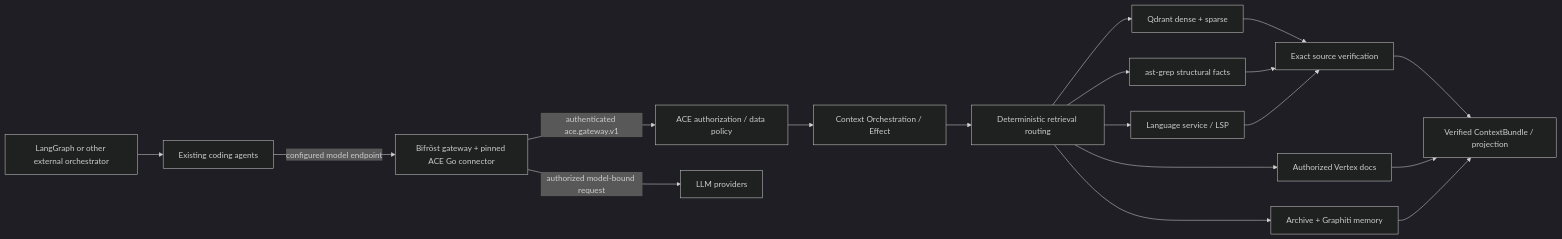
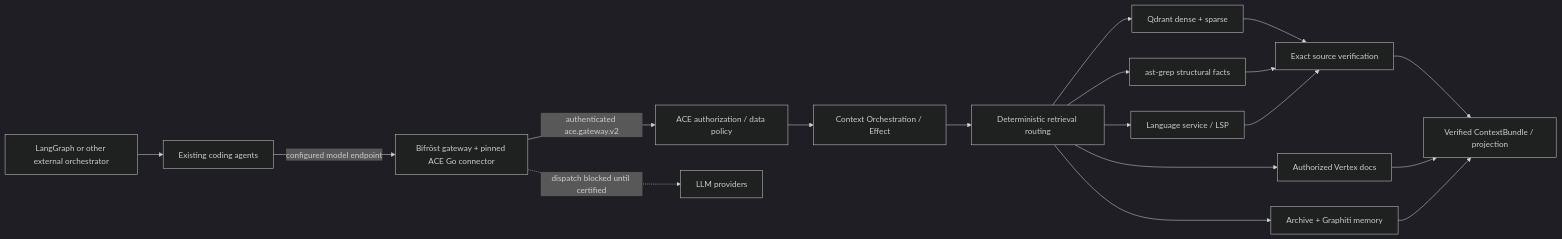
The diagram in docs/docs/architecture/07-architecture-fitness-contracts.md (chris-madsen/Hybrid-RAG), drawn with Mermaid (dark theme) before and after one commit. The commit also changed other lines of this file and 115 other files, not shown here.

````diff
--- a/docs/docs/architecture/07-architecture-fitness-contracts.md
+++ b/docs/docs/architecture/07-architecture-fitness-contracts.md
@@ -13,20 +13,20 @@
 ```mermaid
 flowchart LR
   LG["LangGraph or other external orchestrator"] --> A["Existing coding agents"]
   A -->|"configured model endpoint"| B["Bifröst gateway + pinned ACE Go connector"]
-  B -->|"authenticated ace.gateway.v1"| Gate["ACE authorization / data policy"]
-  B -->|"authorized model-bound request"| P["LLM providers"]
+  B -->|"authenticated ace.gateway.v2"| Gate["ACE authorization / data policy"]
+  B -.->|"dispatch blocked until certified"| P["LLM providers"]
   Gate --> O["Context Orchestration / Effect"]
   O --> Plan["Deterministic retrieval routing"]
   Plan --> Q["Qdrant dense + sparse"]
   Plan --> AST["ast-grep structural facts"]
   Plan --> LS["Language service / LSP"]
   Plan --> Docs["Authorized Vertex docs"]
   Plan --> Mem["Archive + Graphiti memory"]
   Q --> V["Exact source verification"]
   AST --> V
   LS --> V
   V --> Bundle["Verified ContextBundle / projection"]
   Docs --> Bundle
   Mem --> Bundle
 ```
````
